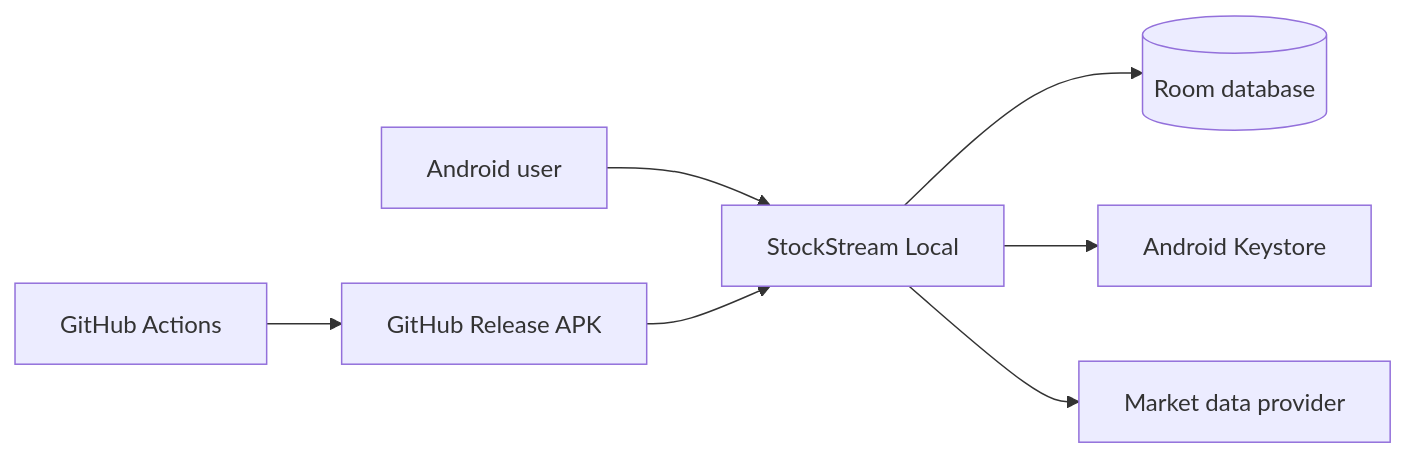
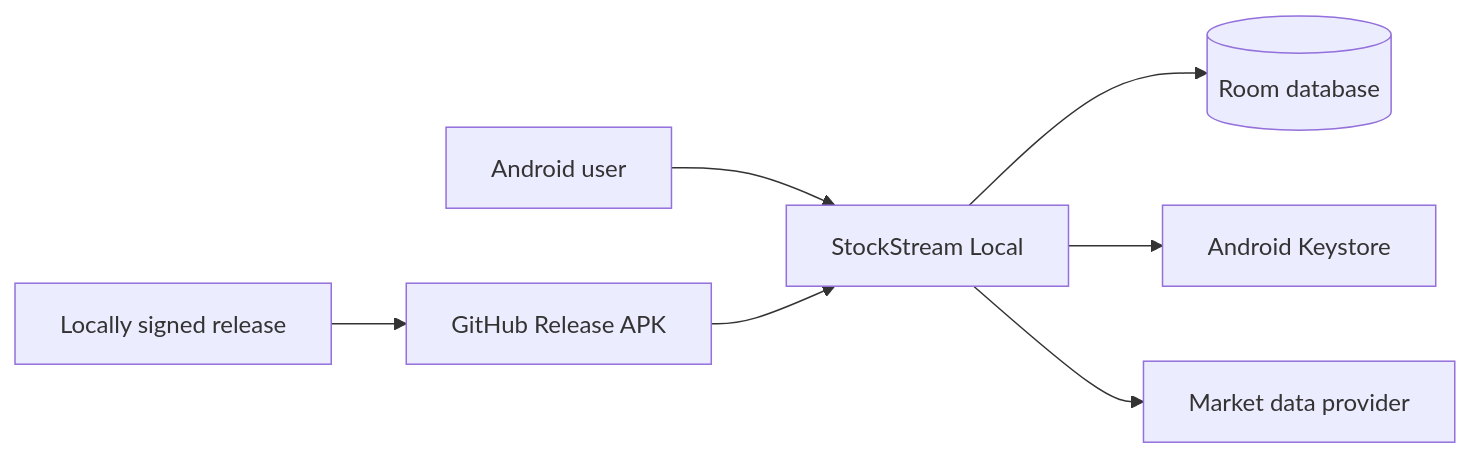
The diagram in README.md (jwgmpi-wolff/devicehoste_stock_streamer), drawn with Mermaid before and after one commit. The commit also changed other lines of this file and 1 other file, not shown here.

First line of the commit message:
Prevent incompatible CI APK releases

````diff
--- a/README.md
+++ b/README.md
@@ -24,9 +24,9 @@
 ```mermaid
 flowchart LR
     User[Android user] --> App[StockStream Local]
     App --> Room[(Room database)]
     App --> Secure[Android Keystore]
     App --> Provider[Market data provider]
-    GitHub[GitHub Actions] --> APK[GitHub Release APK]
+    Release[Locally signed release] --> APK[GitHub Release APK]
     APK --> App
 ```
````
